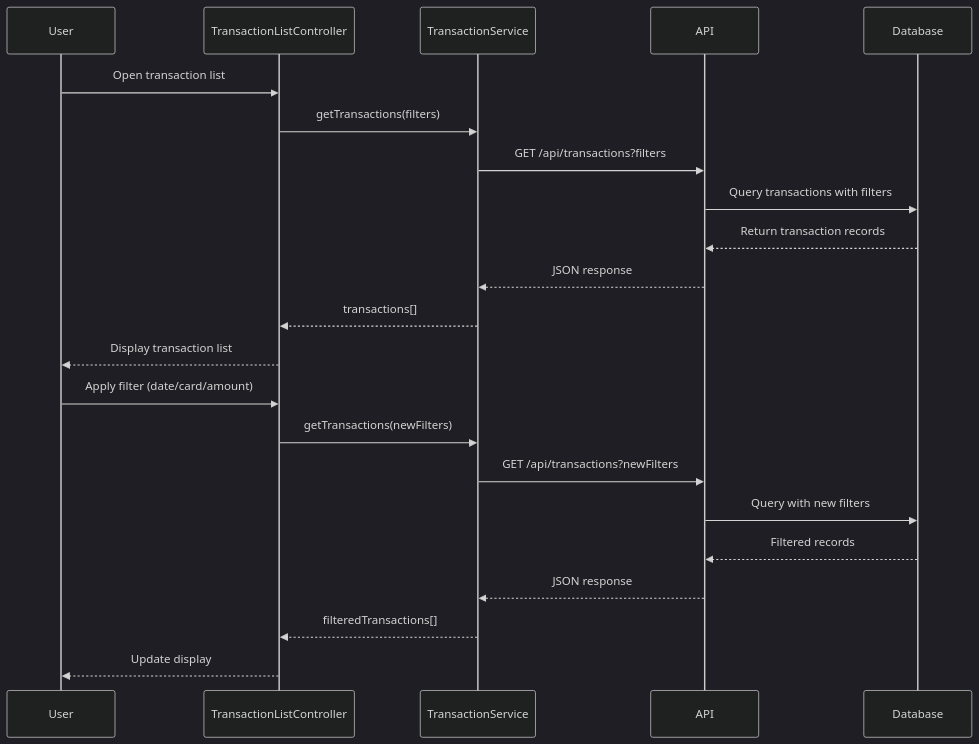
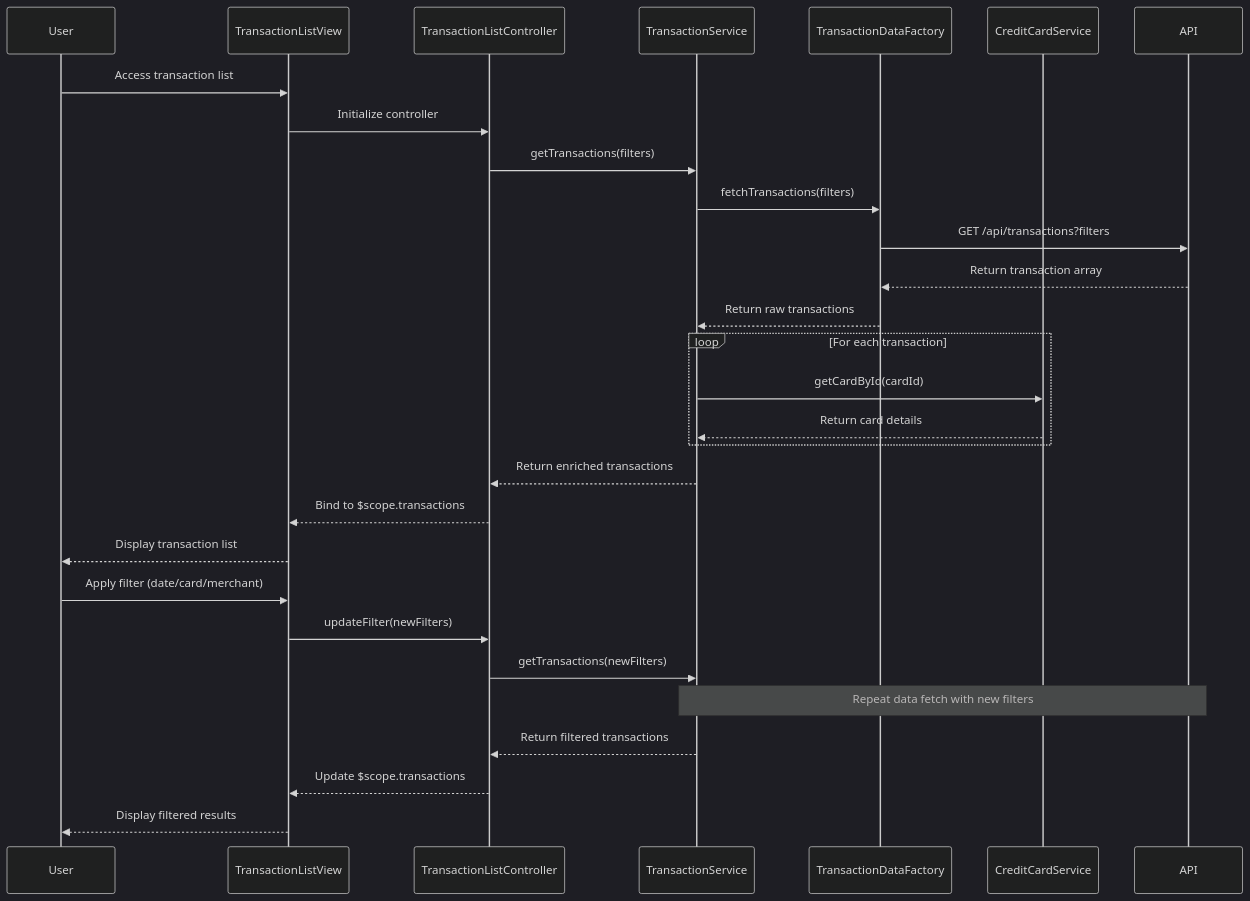
The diagram in LLD/QE-7870_LLD.md (AAVA-Demo/APB_Demo), drawn with Mermaid (dark theme) before and after one commit. The commit also changed other lines of this file and 5 other files, not shown here.

````diff
--- a/LLD/QE-7870_LLD.md
+++ b/LLD/QE-7870_LLD.md
@@ -88,25 +97,32 @@
 ```mermaid
 sequenceDiagram
     participant User
+    participant TransactionListView
     participant TransactionListController
     participant TransactionService
+    participant TransactionDataFactory
+    participant CreditCardService
     participant API
-    participant Database
 
-    User->>TransactionListController: Open transaction list
+    User->>TransactionListView: Access transaction list
+    TransactionListView->>TransactionListController: Initialize controller
     TransactionListController->>TransactionService: getTransactions(filters)
-    TransactionService->>API: GET /api/transactions?filters
-    API->>Database: Query transactions with filters
-    Database-->>API: Return transaction records
-    API-->>TransactionService: JSON response
-    TransactionService-->>TransactionListController: transactions[]
-    TransactionListController-->>User: Display transaction list
-    User->>TransactionListController: Apply filter (date/card/amount)
+    TransactionService->>TransactionDataFactory: fetchTransactions(filters)
+    TransactionDataFactory->>API: GET /api/transactions?filters
+    API-->>TransactionDataFactory: Return transaction array
+    TransactionDataFactory-->>TransactionService: Return raw transactions
+    loop For each transaction
+        TransactionService->>CreditCardService: getCardById(cardId)
+        CreditCardService-->>TransactionService: Return card details
+    end
+    TransactionService-->>TransactionListController: Return enriched transactions
+    TransactionListController-->>TransactionListView: Bind to $scope.transactions
+    TransactionListView-->>User: Display transaction list
+    User->>TransactionListView: Apply filter (date/card/merchant)
+    TransactionListView->>TransactionListController: updateFilter(newFilters)
     TransactionListController->>TransactionService: getTransactions(newFilters)
-    TransactionService->>API: GET /api/transactions?newFilters
-    API->>Database: Query with new filters
-    Database-->>API: Filtered records
-    API-->>TransactionService: JSON response
-    TransactionService-->>TransactionListController: filteredTransactions[]
-    TransactionListController-->>User: Update display
+    Note over TransactionService,API: Repeat data fetch with new filters
+    TransactionService-->>TransactionListController: Return filtered transactions
+    TransactionListController-->>TransactionListView: Update $scope.transactions
+    TransactionListView-->>User: Display filtered results
 ```
````
